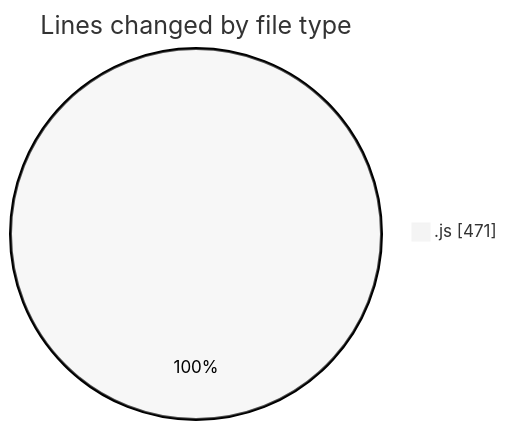
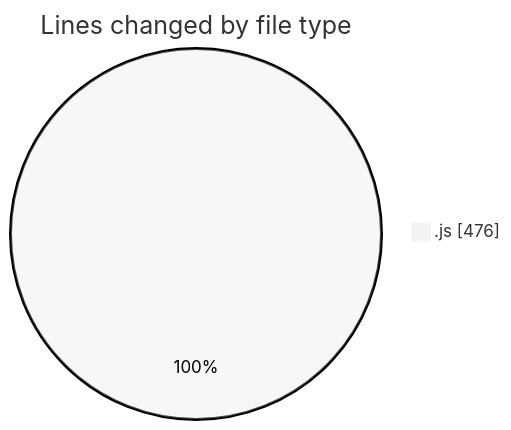
One commit to momahboobian/code-tracking changed the first of 2 diagrams in 2025-02-03/cda/README.md. Above: the diagram before and after it, drawn with Mermaid (neutral theme). The commit also changed other lines of this file and 1 other file, not shown here.

````diff
--- a/2025-02-03/cda/README.md
+++ b/2025-02-03/cda/README.md
@@ -23,5 +23,5 @@
 ```mermaid
 pie showData
 title Lines changed by file type
-".js" : 471
+".js" : 476
 ```
````
